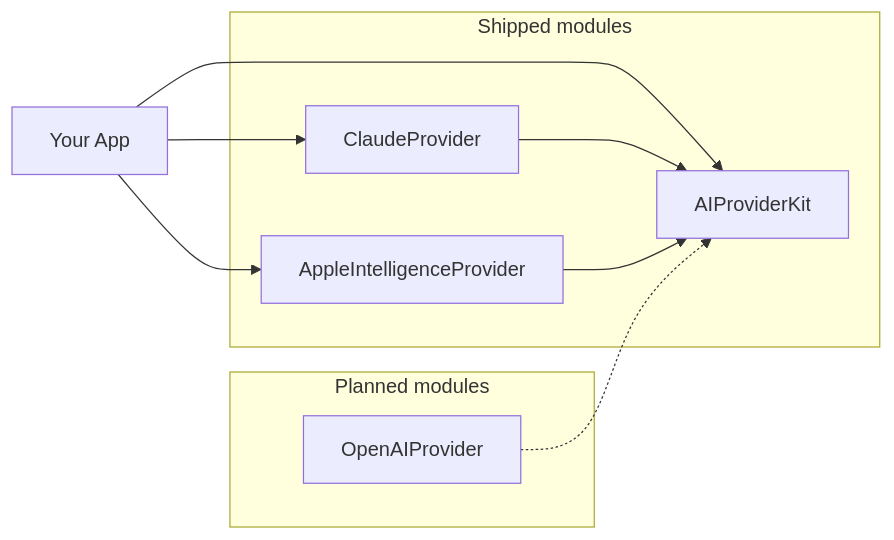
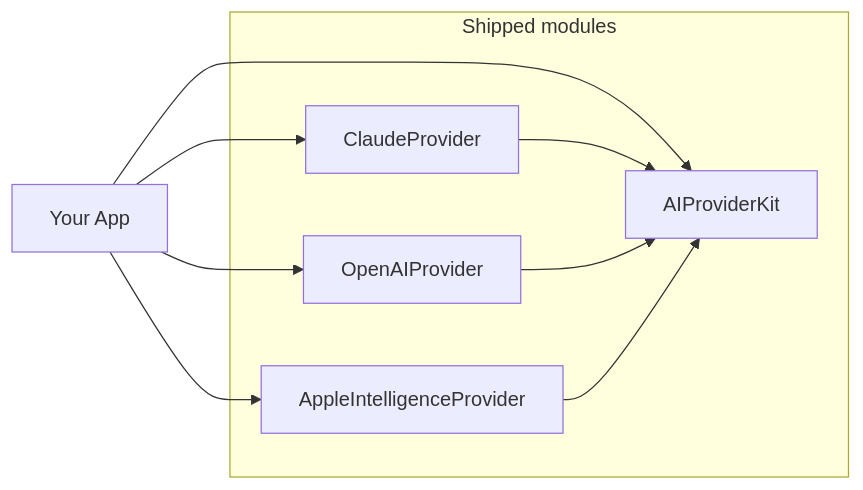
One commit to molayab/swift-ai-provider-kit changed the first of 10 diagrams in Documentation/Architecture.md. Above: the diagram before and after it, drawn with Mermaid. The commit also changed other lines of this file and 47 other files, not shown here.

First line of the commit message:
Add OpenAIProvider — Chat Completions API with dynamic model discovery (#9)

````diff
--- a/Documentation/Architecture.md
+++ b/Documentation/Architecture.md
@@ -34,22 +35,20 @@
 ```mermaid
 graph LR
     App["Your App"]
 
     subgraph shipped["Shipped modules"]
         Core["AIProviderKit"]
         Claude["ClaudeProvider"]
+        OpenAI["OpenAIProvider"]
         FM["AppleIntelligenceProvider"]
     end
 
-    subgraph planned["Planned modules"]
-        OpenAI["OpenAIProvider"]
-    end
-
     App --> Claude
+    App --> OpenAI
     App --> FM
     App --> Core
 
     Claude --> Core
+    OpenAI --> Core
     FM --> Core
-    OpenAI -.-> Core
 ```
````
